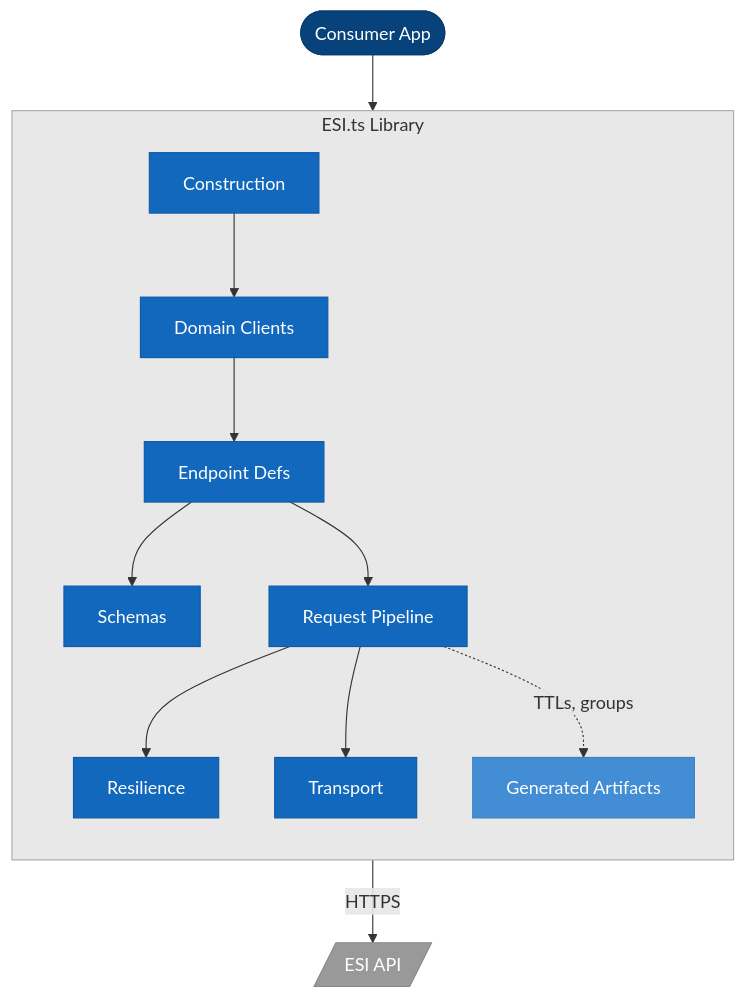
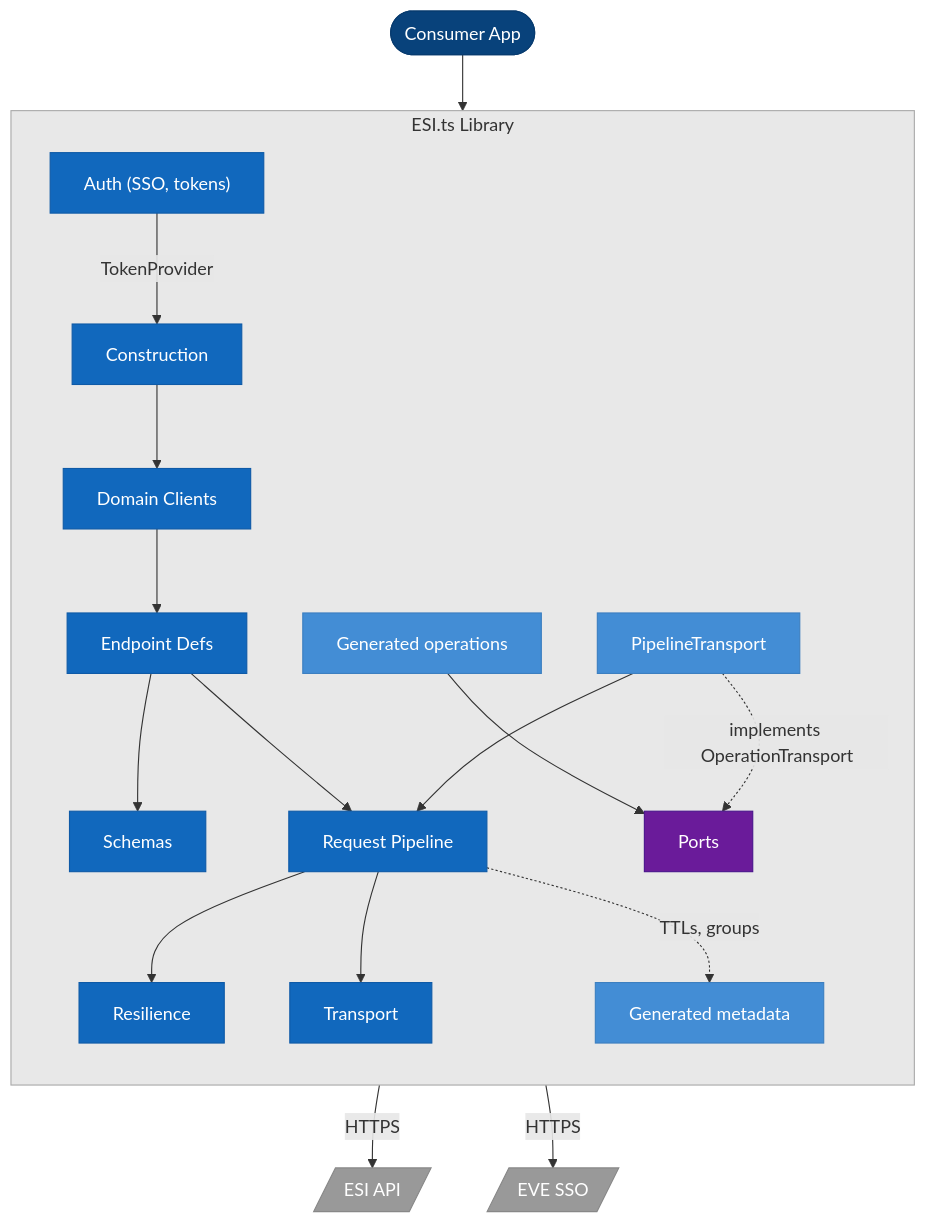
One commit to lgriffin/ESI.ts changed the second of 15 diagrams in guides/ARCHITECTURE.md. Above: the diagram before and after it, drawn with Mermaid. The commit also changed other lines of this file and 14 other files, not shown here.

````diff
--- a/guides/ARCHITECTURE.md
+++ b/guides/ARCHITECTURE.md
@@ -79,40 +86,54 @@
 ```mermaid
 flowchart TB
     consumer(["Consumer App"])
 
     subgraph esits ["ESI.ts Library"]
         direction TB
         publicApi["Construction"]
         domainClients["Domain Clients"]
         endpointDefs["Endpoint Defs"]
         schemas["Schemas"]
         pipeline["Request Pipeline"]
         resilience["Resilience"]
         transport["Transport"]
-        generated["Generated Artifacts"]
+        generated["Generated metadata"]
+        auth["Auth (SSO, tokens)"]
+        ports["Ports"]
+        adapters["PipelineTransport"]
+        genOps["Generated operations"]
     end
 
     esi[/"ESI API"/]
 
     consumer --> publicApi
     publicApi --> domainClients
     domainClients --> endpointDefs
     endpointDefs --> schemas
     endpointDefs --> pipeline
     pipeline --> resilience
     pipeline --> transport
     pipeline -. "TTLs, groups" .-> generated
     transport -- "HTTPS" --> esi
+    auth -- "TokenProvider" --> publicApi
+    auth -- "HTTPS" --> sso[/"EVE SSO"/]
+    genOps --> ports
+    adapters -. "implements OperationTransport" .-> ports
+    adapters --> pipeline
 
     style consumer fill:#08427b,color:#fff,stroke:#073b6f
     style publicApi fill:#1168bd,color:#fff,stroke:#0e5aa7
     style domainClients fill:#1168bd,color:#fff,stroke:#0e5aa7
     style endpointDefs fill:#1168bd,color:#fff,stroke:#0e5aa7
     style schemas fill:#1168bd,color:#fff,stroke:#0e5aa7
     style pipeline fill:#1168bd,color:#fff,stroke:#0e5aa7
     style resilience fill:#1168bd,color:#fff,stroke:#0e5aa7
     style transport fill:#1168bd,color:#fff,stroke:#0e5aa7
     style generated fill:#438dd5,color:#fff,stroke:#3c7fc0
+    style auth fill:#1168bd,color:#fff,stroke:#0e5aa7
+    style ports fill:#6a1b9a,color:#fff,stroke:#4a148c
+    style adapters fill:#438dd5,color:#fff,stroke:#3c7fc0
+    style genOps fill:#438dd5,color:#fff,stroke:#3c7fc0
+    style sso fill:#999,color:#fff,stroke:#888
     style esi fill:#999,color:#fff,stroke:#888
     style esits fill:#e8e8e8,stroke:#aaa
 ```
````
